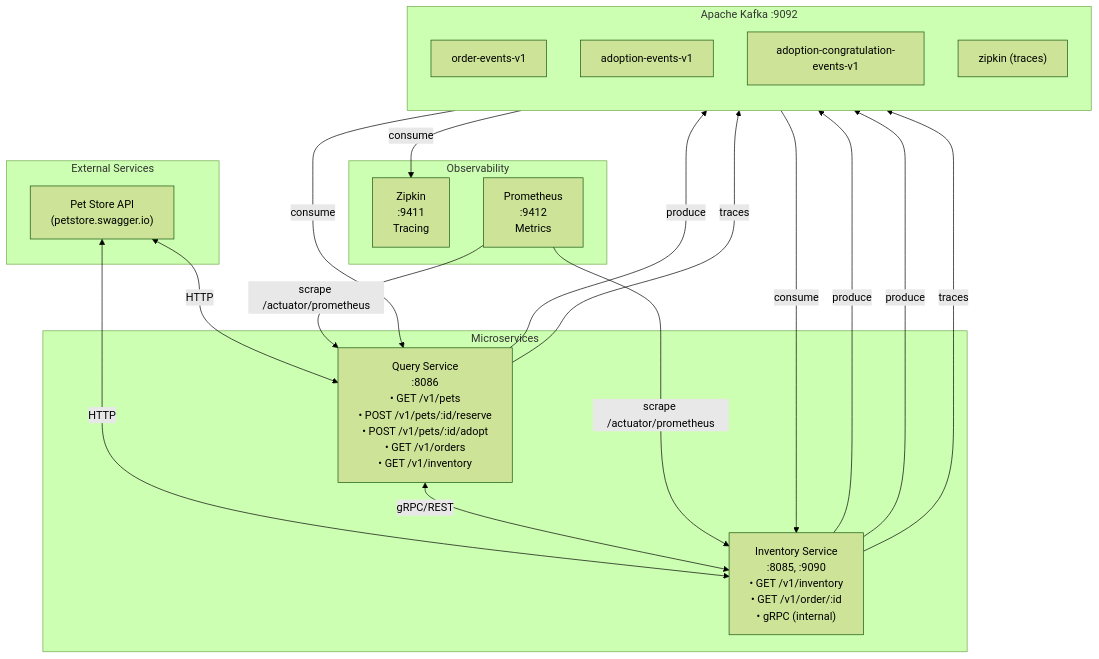
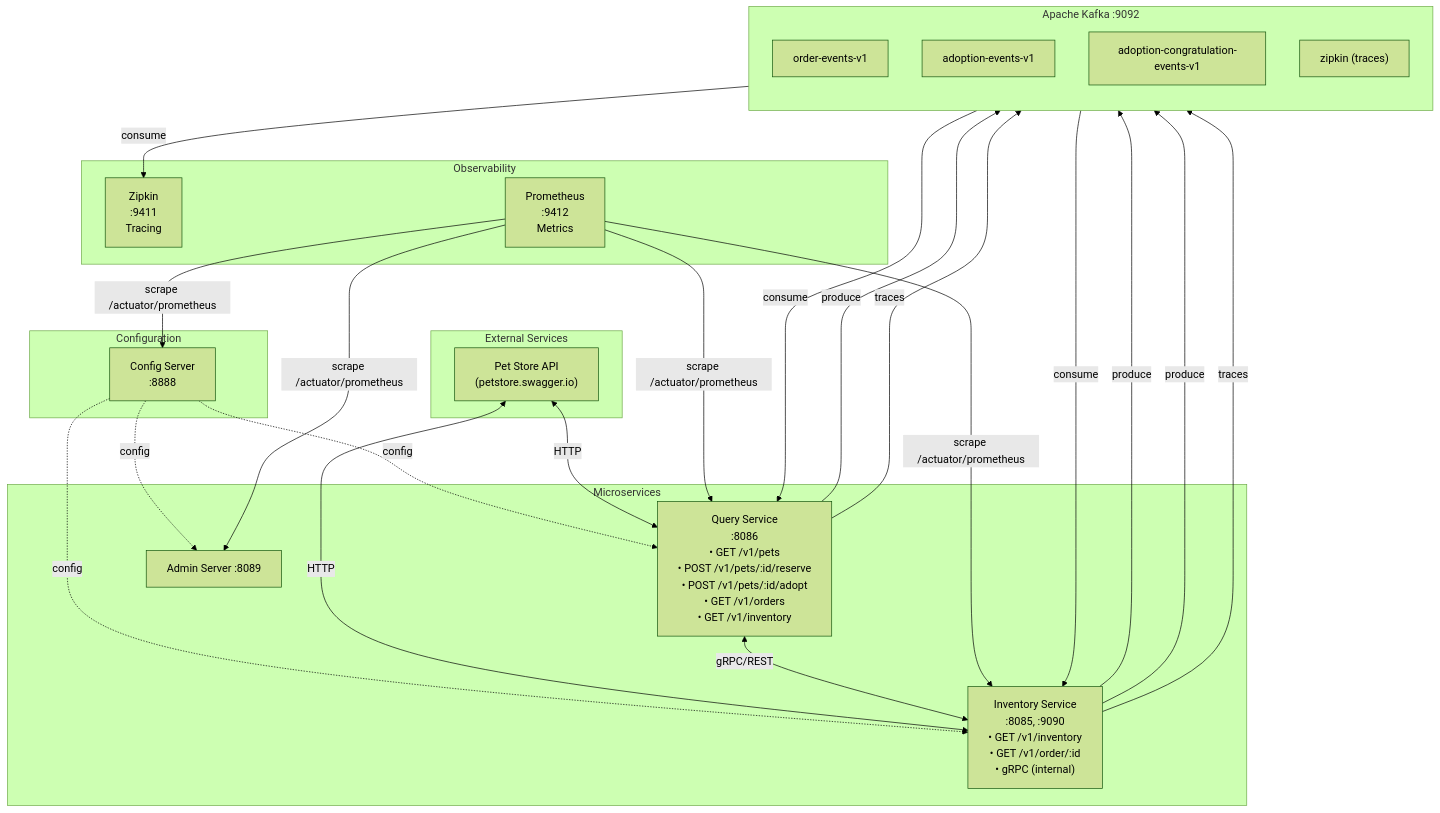
The diagram in README.md (hdmsantander/microservices-ops-demo), drawn with Mermaid (forest theme) before and after one commit. The commit also changed other lines of this file and 23 other files, not shown here.

First line of the commit message:
feat: add Spring Cloud Config Server, improve Grafana dashboards

````diff
--- a/README.md
+++ b/README.md
@@ -53,41 +59,52 @@
 ```mermaid
 flowchart TB
     subgraph External["External Services"]
         PetStore["Pet Store API<br/>(petstore.swagger.io)"]
     end
 
+    subgraph Config["Configuration"]
+        ConfigServer["Config Server<br/>:8888"]
+    end
+
     subgraph Microservices["Microservices"]
         Query["Query Service<br/>:8086<br/>• GET /v1/pets<br/>• POST /v1/pets/:id/reserve<br/>• POST /v1/pets/:id/adopt<br/>• GET /v1/orders<br/>• GET /v1/inventory"]
         Inventory["Inventory Service<br/>:8085, :9090<br/>• GET /v1/inventory<br/>• GET /v1/order/:id<br/>• gRPC (internal)"]
+        Admin["Admin Server :8089"]
     end
+
+    ConfigServer -.->|config| Query
+    ConfigServer -.->|config| Inventory
+    ConfigServer -.->|config| Admin
 
     subgraph Kafka["Apache Kafka :9092"]
         direction TB
         OE["order-events-v1"]
         AE["adoption-events-v1"]
         ACE["adoption-congratulation-events-v1"]
         ZipkinTopic["zipkin (traces)"]
     end
 
     subgraph Observability["Observability"]
         Zipkin["Zipkin<br/>:9411<br/>Tracing"]
         Prometheus["Prometheus<br/>:9412<br/>Metrics"]
     end
 
     PetStore <-->|HTTP| Query
     PetStore <-->|HTTP| Inventory
     Query <-->|gRPC/REST| Inventory
 
     Inventory -->|produce| OE
     OE -->|consume| Query
     Query -->|produce| AE
     AE -->|consume| Inventory
     Inventory -->|produce| ACE
 
     Query -->|traces| ZipkinTopic
     Inventory -->|traces| ZipkinTopic
     ZipkinTopic -->|consume| Zipkin
 
     Prometheus -->|scrape /actuator/prometheus| Query
     Prometheus -->|scrape /actuator/prometheus| Inventory
+    Prometheus -->|scrape /actuator/prometheus| ConfigServer
+    Prometheus -->|scrape /actuator/prometheus| Admin
 ```
````
